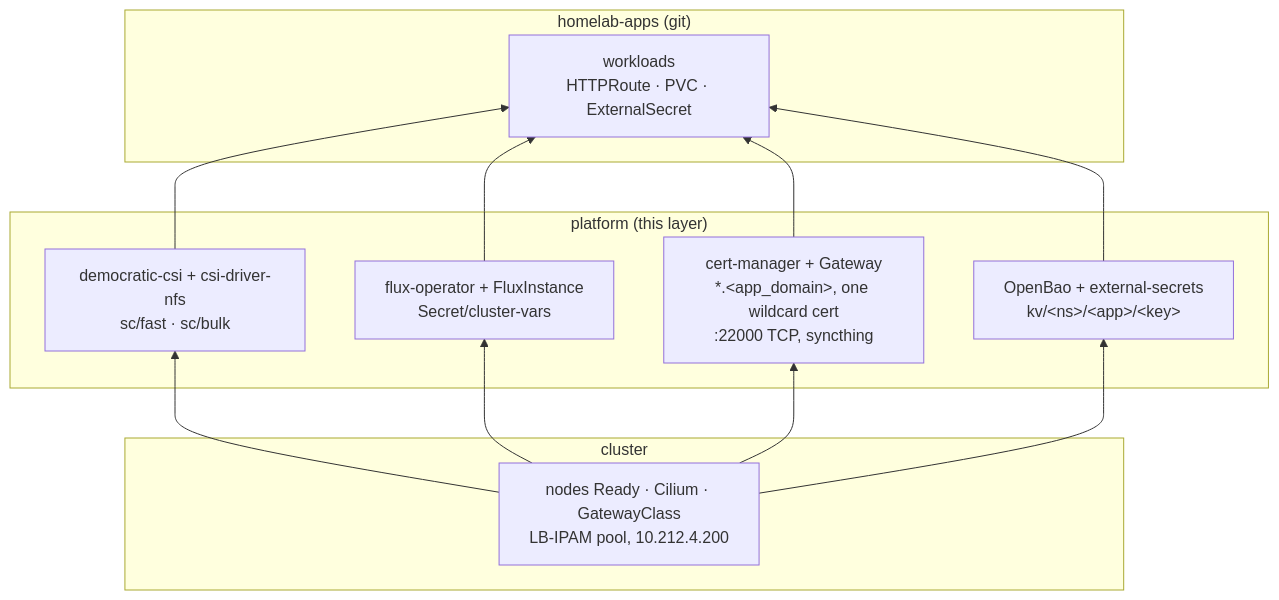
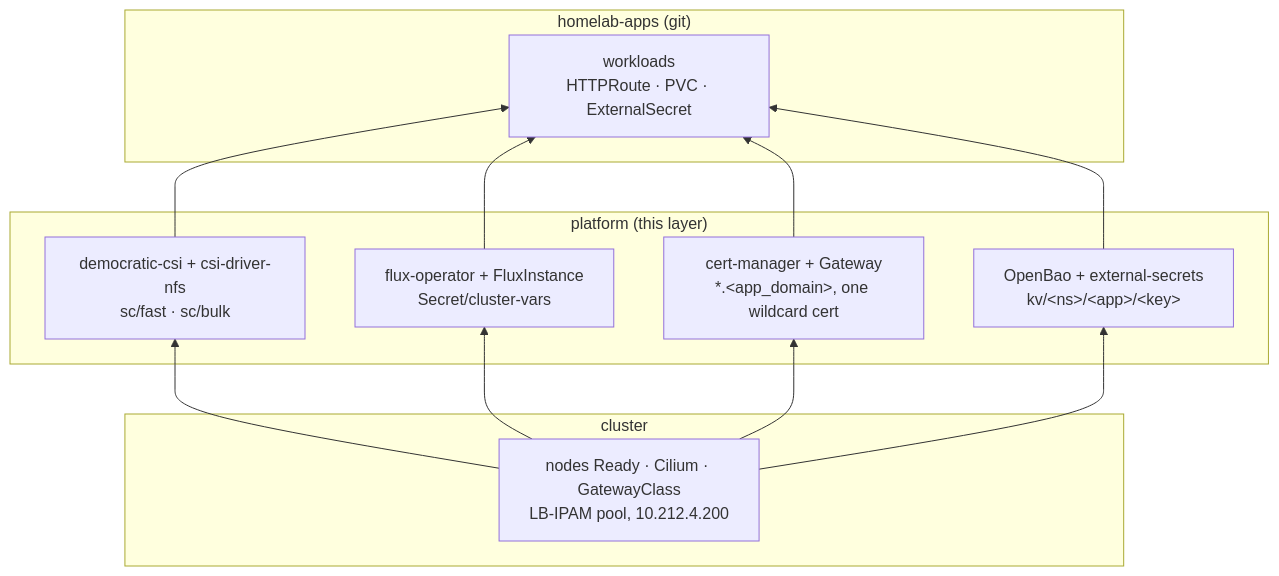
Before and after one commit to Sojamann/homelab: the diagram in platform/README.md, drawn with Mermaid. The commit also changed other lines of this file and 17 other files, not shown here.

````diff
--- a/platform/README.md
+++ b/platform/README.md
@@ -17,20 +17,20 @@
 ```mermaid
 flowchart BT
   subgraph apps["homelab-apps (git)"]
     workloads["workloads<br/>HTTPRoute · PVC · ExternalSecret"]
   end
 
   subgraph platform["platform (this layer)"]
     storage["democratic-csi + csi-driver-nfs<br/>sc/fast · sc/bulk"]
     gitops["flux-operator + FluxInstance<br/>Secret/cluster-vars"]
-    door["cert-manager + Gateway<br/>*.&lt;app_domain&gt;, one wildcard cert<br/>:22000 TCP, syncthing"]
+    door["cert-manager + Gateway<br/>*.&lt;app_domain&gt;, one wildcard cert"]
     secrets["OpenBao + external-secrets<br/>kv/&lt;ns&gt;/&lt;app&gt;/&lt;key&gt;"]
   end
 
   subgraph cluster["cluster"]
     base["nodes Ready · Cilium · GatewayClass<br/>LB-IPAM pool, 10.212.4.200"]
   end
 
   base --> storage & gitops & door & secrets
   storage & gitops & door & secrets --> workloads
 ```
````
